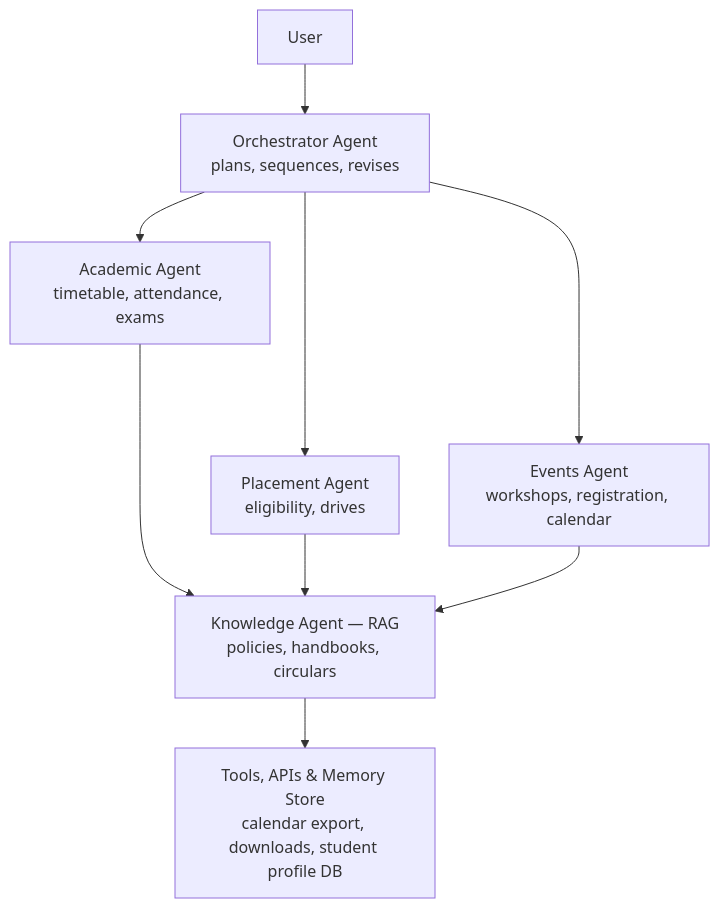
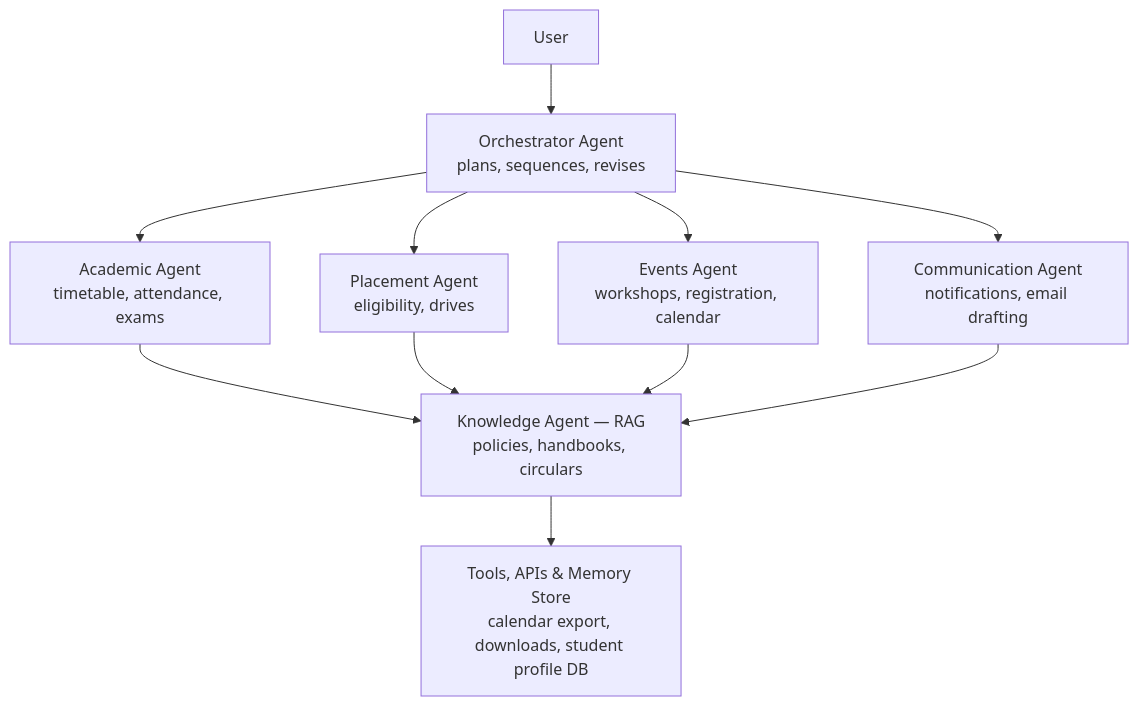
Before and after one commit to bhavyavennapusa1-cell/campus_multi_agent: the diagram in README.md, drawn with Mermaid. The commit also changed other lines of this file, not shown here.

````diff
--- a/README.md
+++ b/README.md
@@ -45,11 +45,13 @@
 ```mermaid
 flowchart TD
     U[User] --> O[Orchestrator Agent<br/>plans, sequences, revises]
     O --> AC[Academic Agent<br/>timetable, attendance, exams]
     O --> PL[Placement Agent<br/>eligibility, drives]
     O --> EV[Events Agent<br/>workshops, registration, calendar]
-    AC ----> K[Knowledge Agent — RAG<br/>policies, handbooks, circulars]
+    O --> CM[Communication Agent<br/>notifications, email drafting]
+    AC --> K[Knowledge Agent — RAG<br/>policies, handbooks, circulars]
     PL --> K
     EV --> K
+    CM --> K
     K --> D[Tools, APIs & Memory Store<br/>calendar export, downloads, student profile DB]
 ```
````
